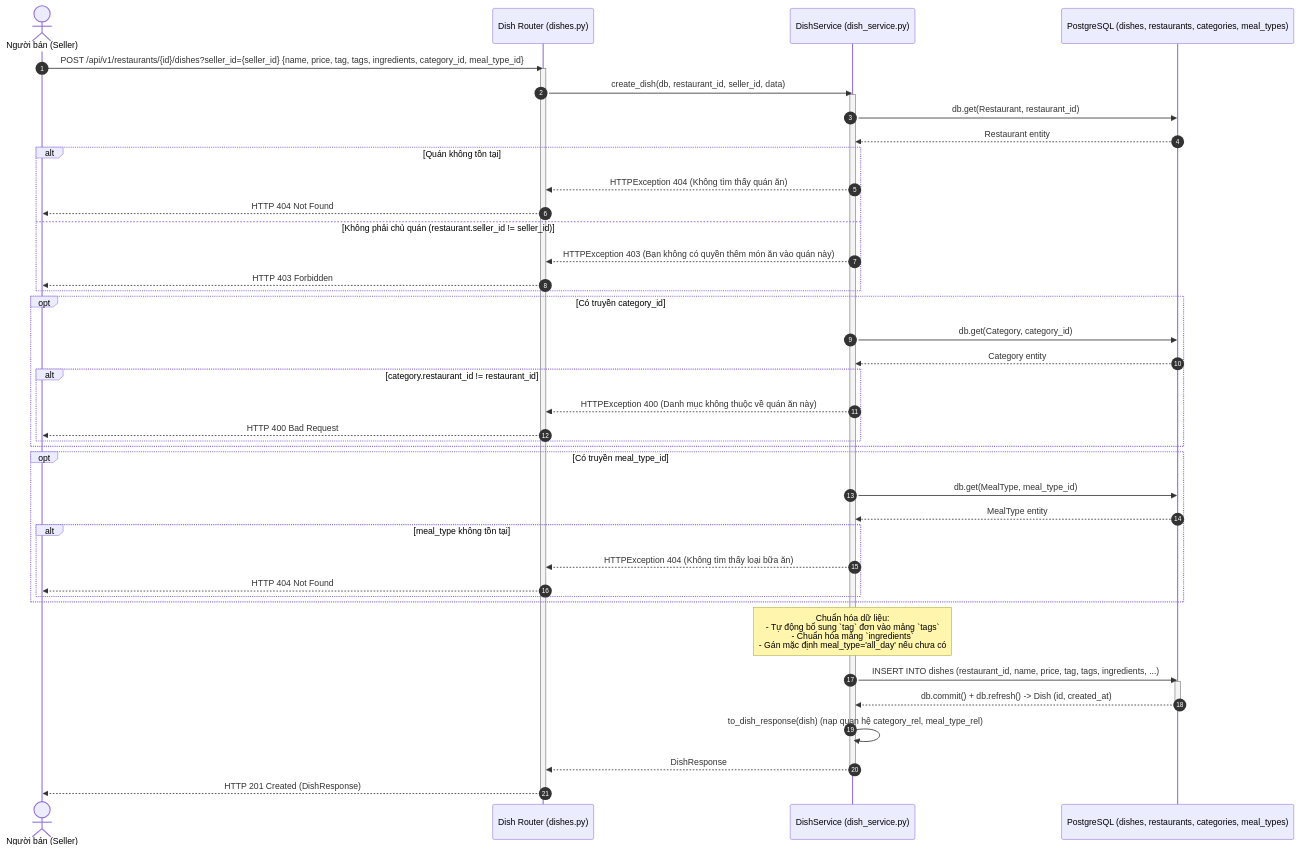
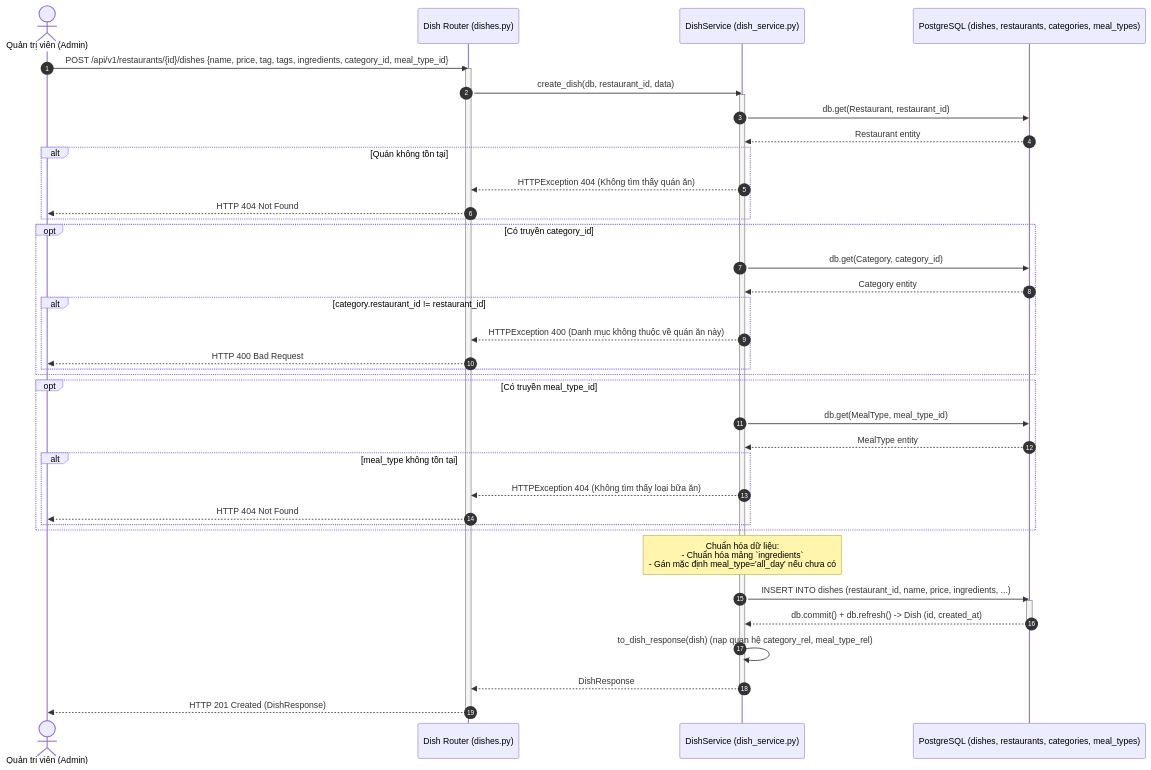
Before and after one commit to TrnThanh/Test: the fifth of 7 diagrams in docs/sequence-diagrams.md, drawn with Mermaid. The commit also changed other lines of this file and 56 other files, not shown here.

Commit message:
feat: remove seller role, grant admin full restaurant and dish management, update docs and port to 8001

````diff
--- a/docs/sequence-diagrams.md
+++ b/docs/sequence-diagrams.md
@@ -223,54 +220,51 @@
 ```mermaid
 sequenceDiagram
     autonumber
-    actor Seller as Người bán (Seller)
+    actor Admin as Quản trị viên (Admin)
     participant API as Dish Router (dishes.py)
     participant Svc as DishService (dish_service.py)
     participant DB as PostgreSQL (dishes, restaurants, categories, meal_types)
 
-    Seller->>API: POST /api/v1/restaurants/{id}/dishes?seller_id={seller_id} {name, price, tag, tags, ingredients, category_id, meal_type_id}
+    Admin->>API: POST /api/v1/restaurants/{id}/dishes {name, price, tag, tags, ingredients, category_id, meal_type_id}
     activate API
-    API->>Svc: create_dish(db, restaurant_id, seller_id, data)
+    API->>Svc: create_dish(db, restaurant_id, data)
     activate Svc
     
     Svc->>DB: db.get(Restaurant, restaurant_id)
     DB-->>Svc: Restaurant entity
     alt Quán không tồn tại
         Svc-->>API: HTTPException 404 (Không tìm thấy quán ăn)
-        API-->>Seller: HTTP 404 Not Found
-    else Không phải chủ quán (restaurant.seller_id != seller_id)
-        Svc-->>API: HTTPException 403 (Bạn không có quyền thêm món ăn vào quán này)
-        API-->>Seller: HTTP 403 Forbidden
+        API-->>Admin: HTTP 404 Not Found
     end
 
     opt Có truyền category_id
         Svc->>DB: db.get(Category, category_id)
         DB-->>Svc: Category entity
         alt category.restaurant_id != restaurant_id
             Svc-->>API: HTTPException 400 (Danh mục không thuộc về quán ăn này)
-            API-->>Seller: HTTP 400 Bad Request
+            API-->>Admin: HTTP 400 Bad Request
         end
     end
 
     opt Có truyền meal_type_id
         Svc->>DB: db.get(MealType, meal_type_id)
         DB-->>Svc: MealType entity
         alt meal_type không tồn tại
             Svc-->>API: HTTPException 404 (Không tìm thấy loại bữa ăn)
-            API-->>Seller: HTTP 404 Not Found
+            API-->>Admin: HTTP 404 Not Found
         end
     end
 
-    Note over Svc: Chuẩn hóa dữ liệu:<br/>- Tự động bổ sung `tag` đơn vào mảng `tags`<br/>- Chuẩn hóa mảng `ingredients`<br/>- Gán mặc định meal_type='all_day' nếu chưa có
+    Note over Svc: Chuẩn hóa dữ liệu:<br/>- Chuẩn hóa mảng `ingredients`<br/>- Gán mặc định meal_type='all_day' nếu chưa có
 
-    Svc->>DB: INSERT INTO dishes (restaurant_id, name, price, tag, tags, ingredients, ...)
+    Svc->>DB: INSERT INTO dishes (restaurant_id, name, price, ingredients, ...)
     activate DB
     DB-->>Svc: db.commit() + db.refresh() -> Dish (id, created_at)
     deactivate DB
 
     Svc->>Svc: to_dish_response(dish) (nạp quan hệ category_rel, meal_type_rel)
     Svc-->>API: DishResponse
     deactivate Svc
-    API-->>Seller: HTTP 201 Created (DishResponse)
+    API-->>Admin: HTTP 201 Created (DishResponse)
     deactivate API
 ```
````
